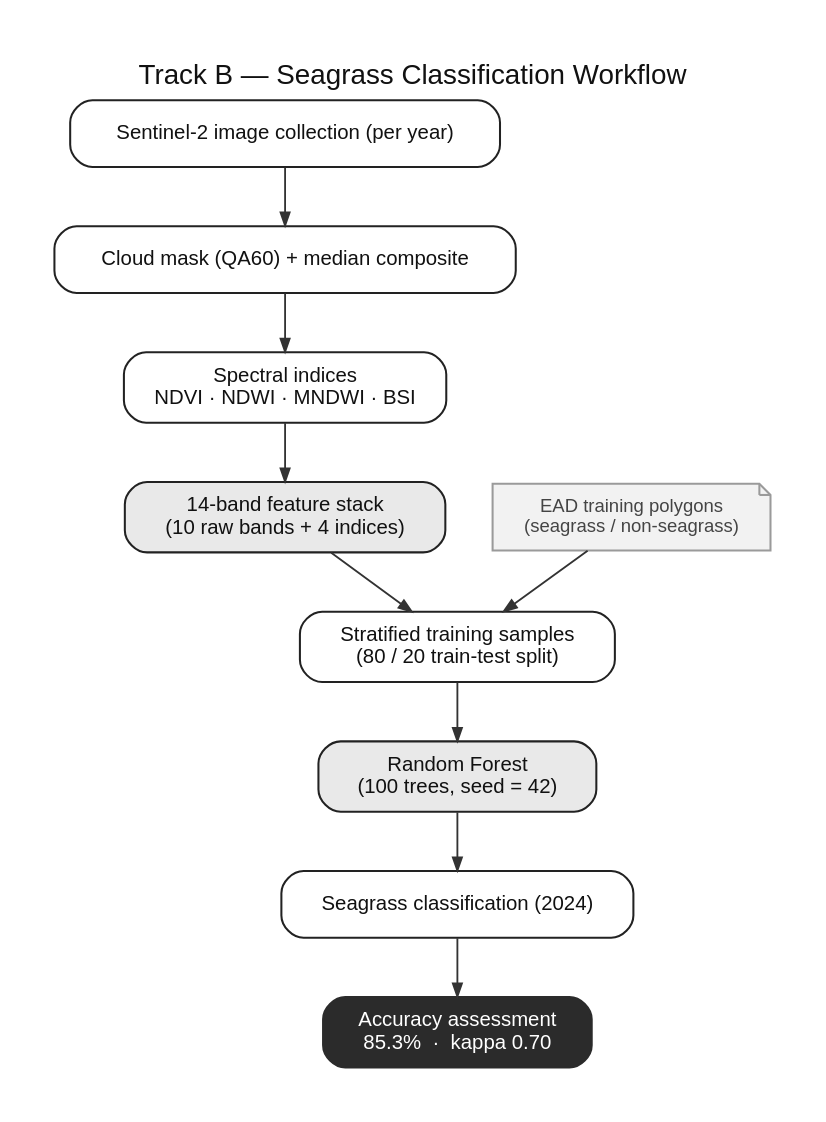
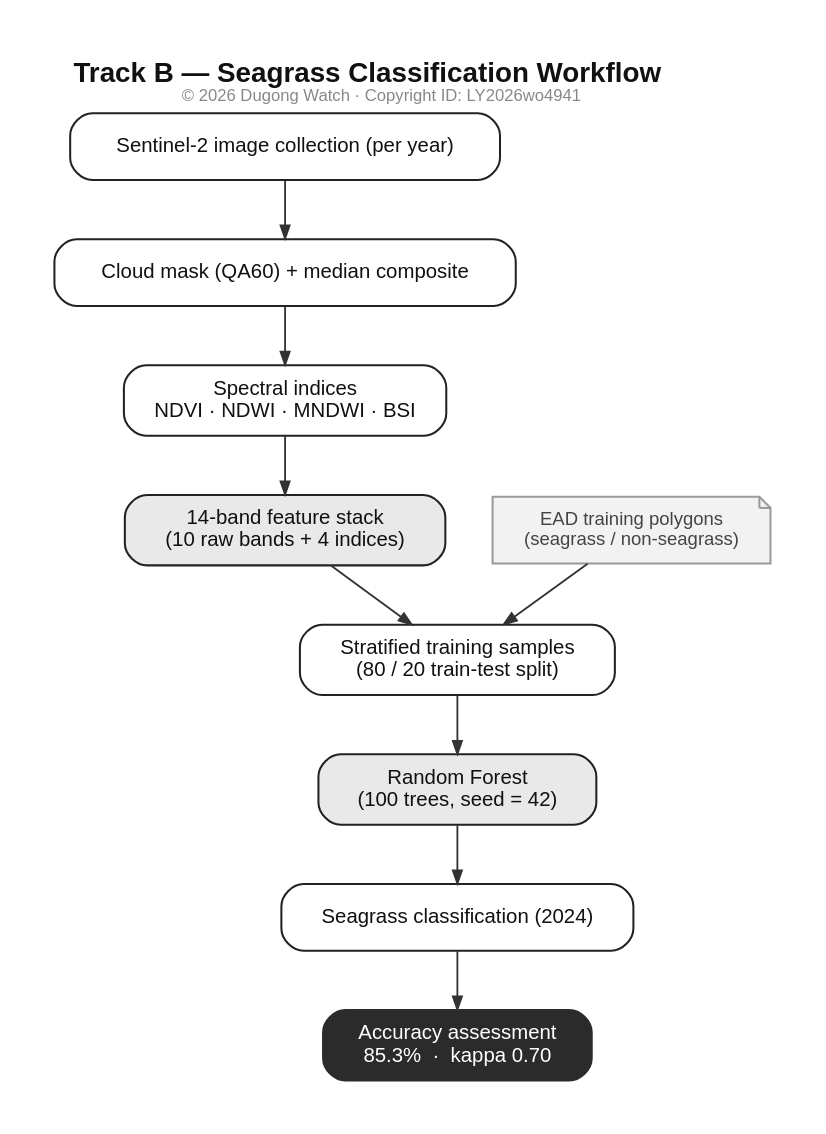
Before and after one commit to AbdulkarimBisharah/dugong-uae: the diagram in diagrams/3_classification_workflow.dot, drawn with Graphviz. The commit also changed 26 other files, not shown here.

First line of the commit message:
docs: stamp diagrams with copyright ID LY2026wo4941; add all 6 to report

```diff
--- a/diagrams/3_classification_workflow.dot
+++ b/diagrams/3_classification_workflow.dot
@@ -1,23 +1,23 @@
 digraph classification {
   rankdir=TB;
-  graph [fontname="Helvetica", label="Track B — Seagrass Classification Workflow", labelloc=t, fontsize=15, fontcolor="#111111", bgcolor="white", nodesep=0.35, ranksep=0.45, pad=0.3];
+  graph [fontname="Helvetica", label=<<b>Track B — Seagrass Classification Workflow</b><br/><font point-size="9" color="#888888">&#169; 2026 Dugong Watch &#183; Copyright ID: LY2026wo4941</font>>, labelloc=t, fontsize=15, fontcolor="#111111", bgcolor="white", nodesep=0.35, ranksep=0.45, pad=0.3];
   node  [shape=box, style="rounded,filled", fillcolor="white", color="#222222", penwidth=1.1, fontname="Helvetica", fontsize=11, fontcolor="#111111", margin="0.16,0.10"];
   edge  [color="#333333", penwidth=1.0, arrowsize=0.7];
 
   s2    [label="Sentinel-2 image collection (per year)"];
   mask  [label="Cloud mask (QA60) + median composite"];
   idx   [label="Spectral indices\nNDVI · NDWI · MNDWI · BSI"];
   stack [label="14-band feature stack\n(10 raw bands + 4 indices)", fillcolor="#e9e9e9"];
 
   ead   [label="EAD training polygons\n(seagrass / non-seagrass)", shape=note, fillcolor="#f2f2f2", color="#9a9a9a", fontsize=10, fontcolor="#444444"];
   samp  [label="Stratified training samples\n(80 / 20 train-test split)"];
 
   rf    [label="Random Forest\n(100 trees, seed = 42)", fillcolor="#e9e9e9"];
   cls   [label="Seagrass classification (2024)"];
   acc   [label="Accuracy assessment\n85.3%  ·  kappa 0.70", fillcolor="#2b2b2b", fontcolor="white", color="#2b2b2b"];
 
   s2 -> mask -> idx -> stack;
   ead -> samp;
   stack -> samp;
   samp -> rf -> cls -> acc;
 }
```
